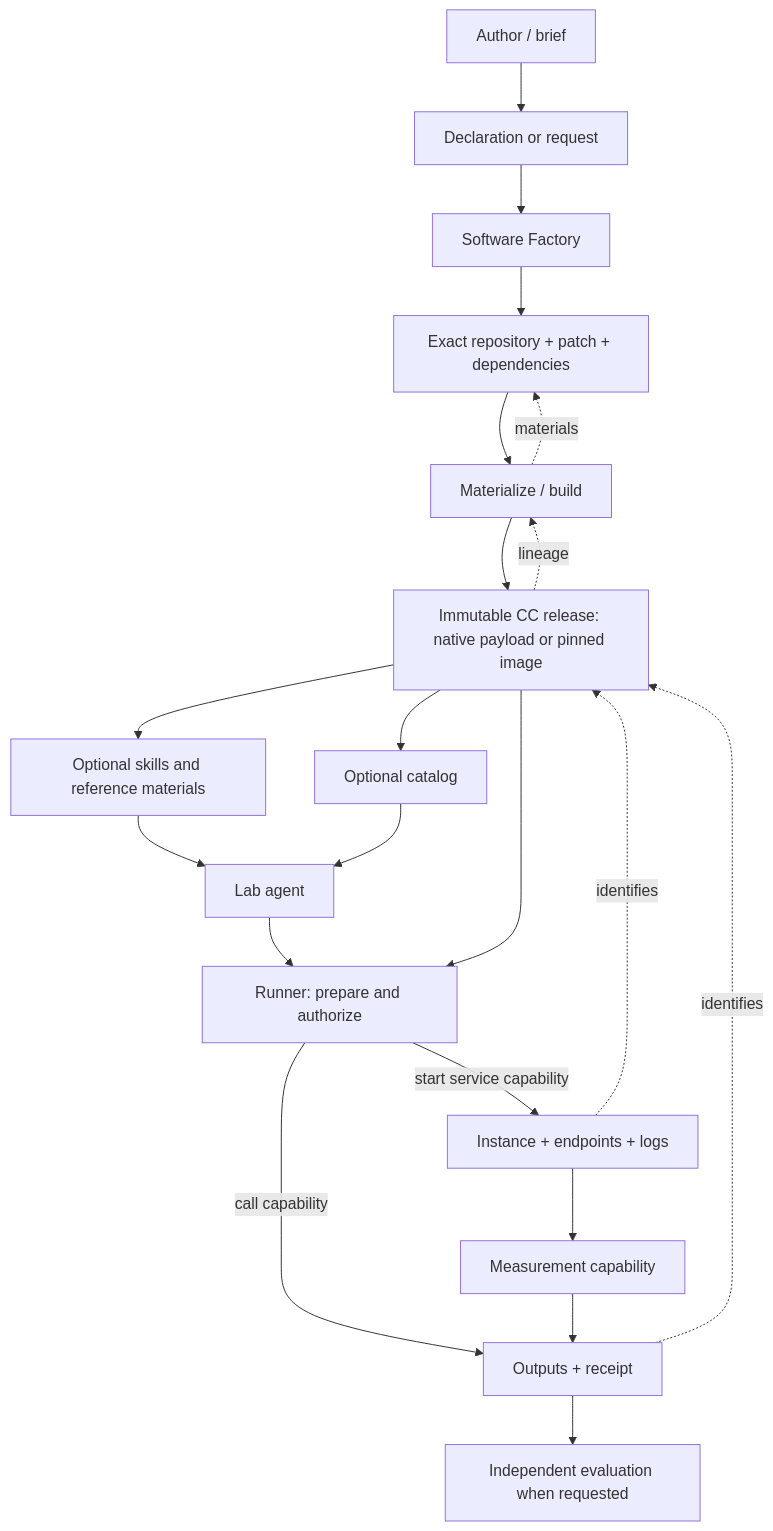
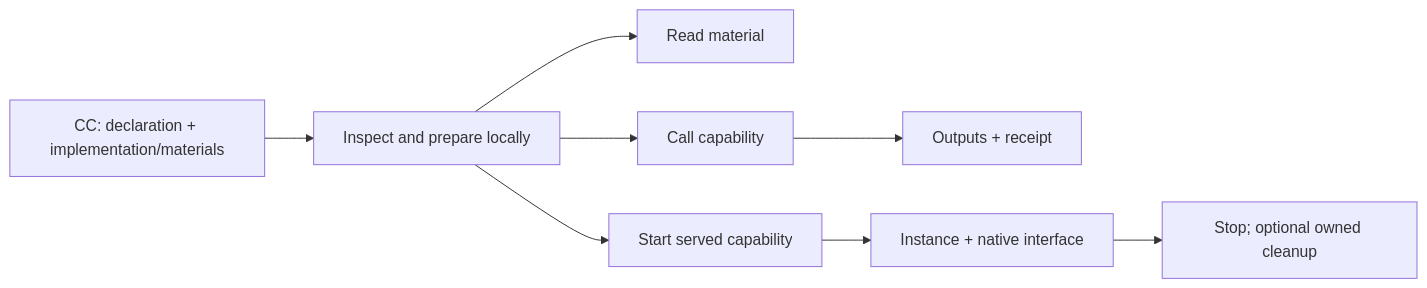
One commit to Muxite/tools changed the diagram in AI4Research-Notebook/Designs/CC and Strata delivery/CC Protocols/README.md. Above: the diagram before and after it, drawn with Mermaid. The commit also changed other lines of this file and 156 other files, not shown here.

Commit message:
Publish focused CC v2 draft with schemas and standalone package

````diff
--- a/AI4Research-Notebook/Designs/CC and Strata delivery/CC Protocols/README.md
+++ b/AI4Research-Notebook/Designs/CC and Strata delivery/CC Protocols/README.md
@@ -14,23 +29,10 @@
 ```mermaid
-flowchart TB
-    author["Author / brief"] --> declaration["Declaration or request"]
-    declaration --> factory["Software Factory"]
-    factory --> source["Exact repository + patch + dependencies"]
-    source --> build["Materialize / build"]
-    build --> release["Immutable CC release: native payload or pinned image"]
-    release --> materials["Optional skills and reference materials"]
-    materials --> agent
-    release --> catalog["Optional catalog"]
-    catalog --> agent["Lab agent"]
-    agent --> runner["Runner: prepare and authorize"]
-    release --> runner
-    runner -->|"call capability"| tool["Outputs + receipt"]
-    runner -->|"start service capability"| instance["Instance + endpoints + logs"]
-    instance --> measurement["Measurement capability"]
-    measurement --> tool
-    tool -. identifies .-> release
-    instance -. identifies .-> release
-    release -. lineage .-> build
-    build -. materials .-> source
-    tool --> evaluator["Independent evaluation when requested"]
+flowchart LR
+    package["CC: declaration + implementation/materials"] --> prepare["Inspect and prepare locally"]
+    prepare --> read["Read material"]
+    prepare --> invoke["Call capability"]
+    prepare --> start["Start served capability"]
+    invoke --> result["Outputs + receipt"]
+    start --> instance["Instance + native interface"]
+    instance --> stop["Stop; optional owned cleanup"]
 ```
````
